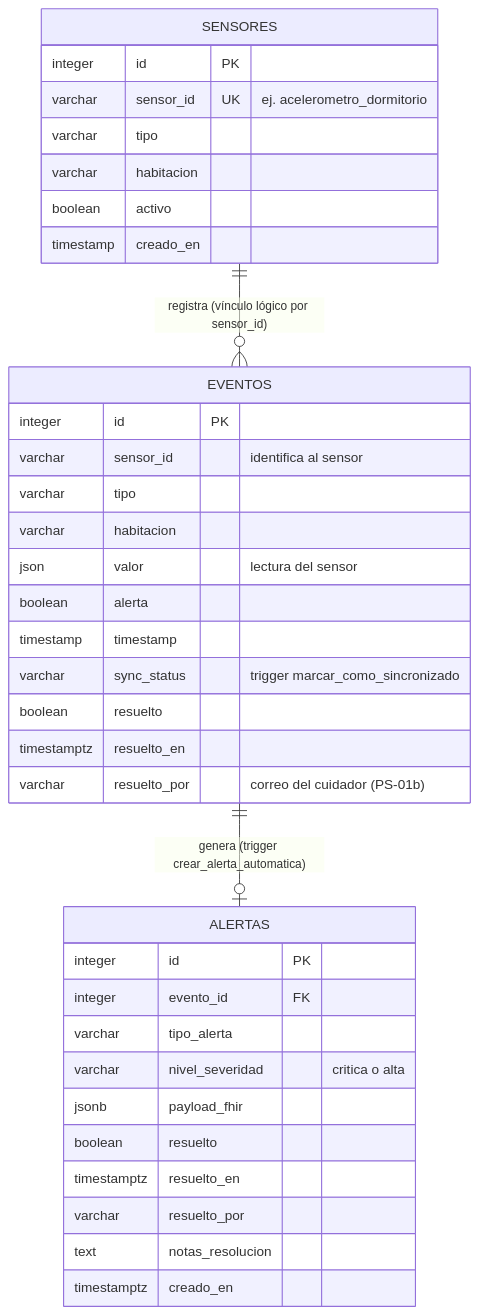
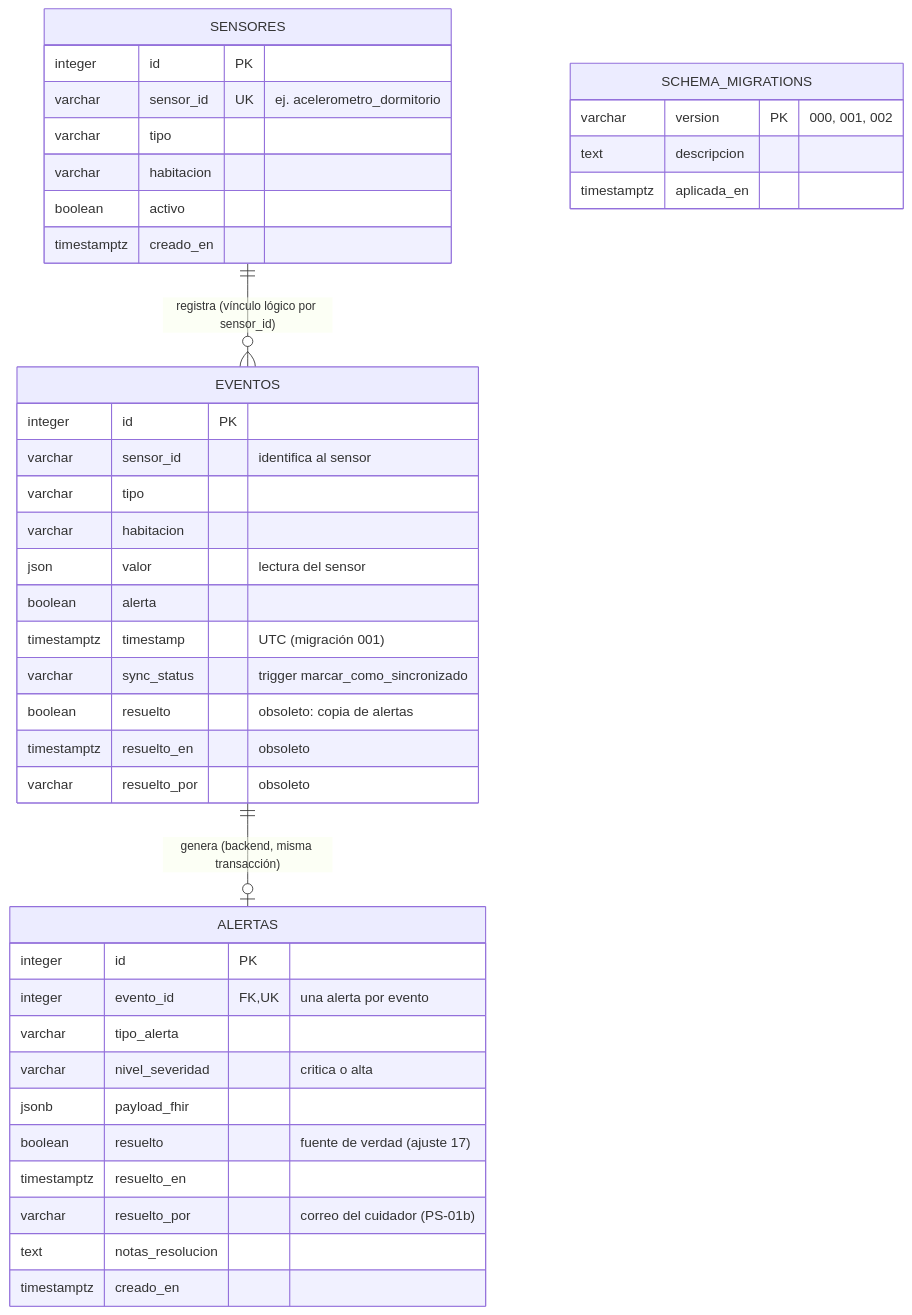
The fifth of 7 diagrams in docs/fase2/diagramas/README.md (AndresVergara74/domovida-backend), drawn with Mermaid before and after one commit. The commit also changed other lines of this file and 5 other files, not shown here.

Commit message:
docs(diagramas): secuencia y modelo de datos actualizados tras migraciones 001 y 002

````diff
--- a/docs/fase2/diagramas/README.md
+++ b/docs/fase2/diagramas/README.md
@@ -210,38 +209,43 @@
 ```mermaid
 erDiagram
   SENSORES ||--o{ EVENTOS : "registra (vínculo lógico por sensor_id)"
-  EVENTOS ||--o| ALERTAS : "genera (trigger crear_alerta_automatica)"
+  EVENTOS ||--o| ALERTAS : "genera (backend, misma transacción)"
   SENSORES {
     integer id PK
     varchar sensor_id UK "ej. acelerometro_dormitorio"
     varchar tipo
     varchar habitacion
     boolean activo
-    timestamp creado_en
+    timestamptz creado_en
   }
   EVENTOS {
     integer id PK
     varchar sensor_id "identifica al sensor"
     varchar tipo
     varchar habitacion
     json valor "lectura del sensor"
     boolean alerta
-    timestamp timestamp
+    timestamptz timestamp "UTC (migración 001)"
     varchar sync_status "trigger marcar_como_sincronizado"
-    boolean resuelto
-    timestamptz resuelto_en
-    varchar resuelto_por "correo del cuidador (PS-01b)"
+    boolean resuelto "obsoleto: copia de alertas"
+    timestamptz resuelto_en "obsoleto"
+    varchar resuelto_por "obsoleto"
   }
   ALERTAS {
     integer id PK
-    integer evento_id FK
+    integer evento_id FK, UK "una alerta por evento"
     varchar tipo_alerta
     varchar nivel_severidad "critica o alta"
     jsonb payload_fhir
-    boolean resuelto
+    boolean resuelto "fuente de verdad (ajuste 17)"
     timestamptz resuelto_en
-    varchar resuelto_por
+    varchar resuelto_por "correo del cuidador (PS-01b)"
     text notas_resolucion
     timestamptz creado_en
   }
+  SCHEMA_MIGRATIONS {
+    varchar version PK "000, 001, 002"
+    text descripcion
+    timestamptz aplicada_en
+  }
 ```
````
